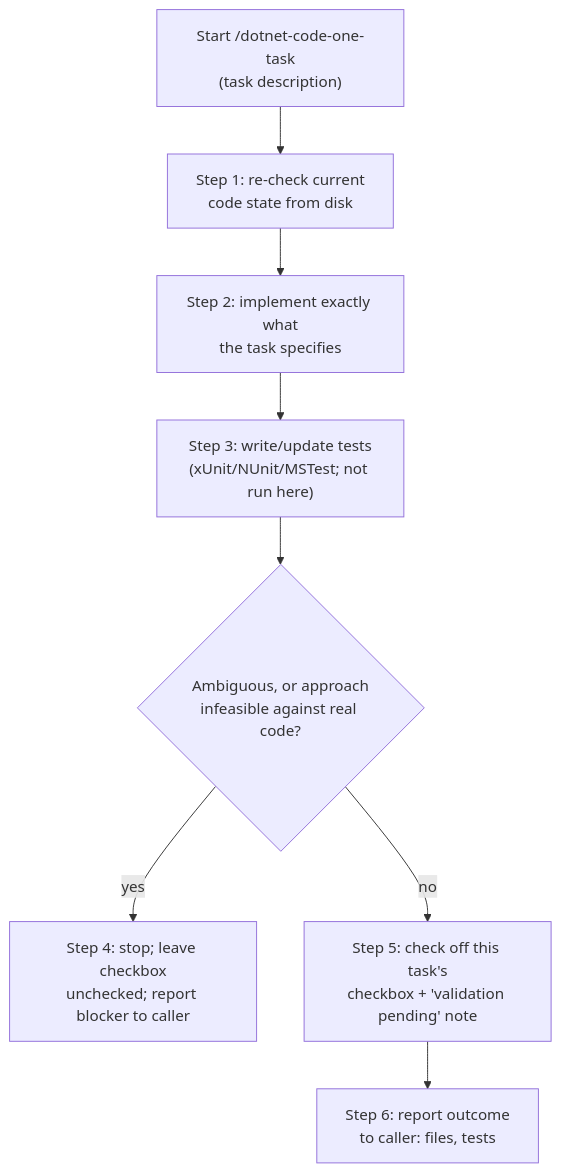
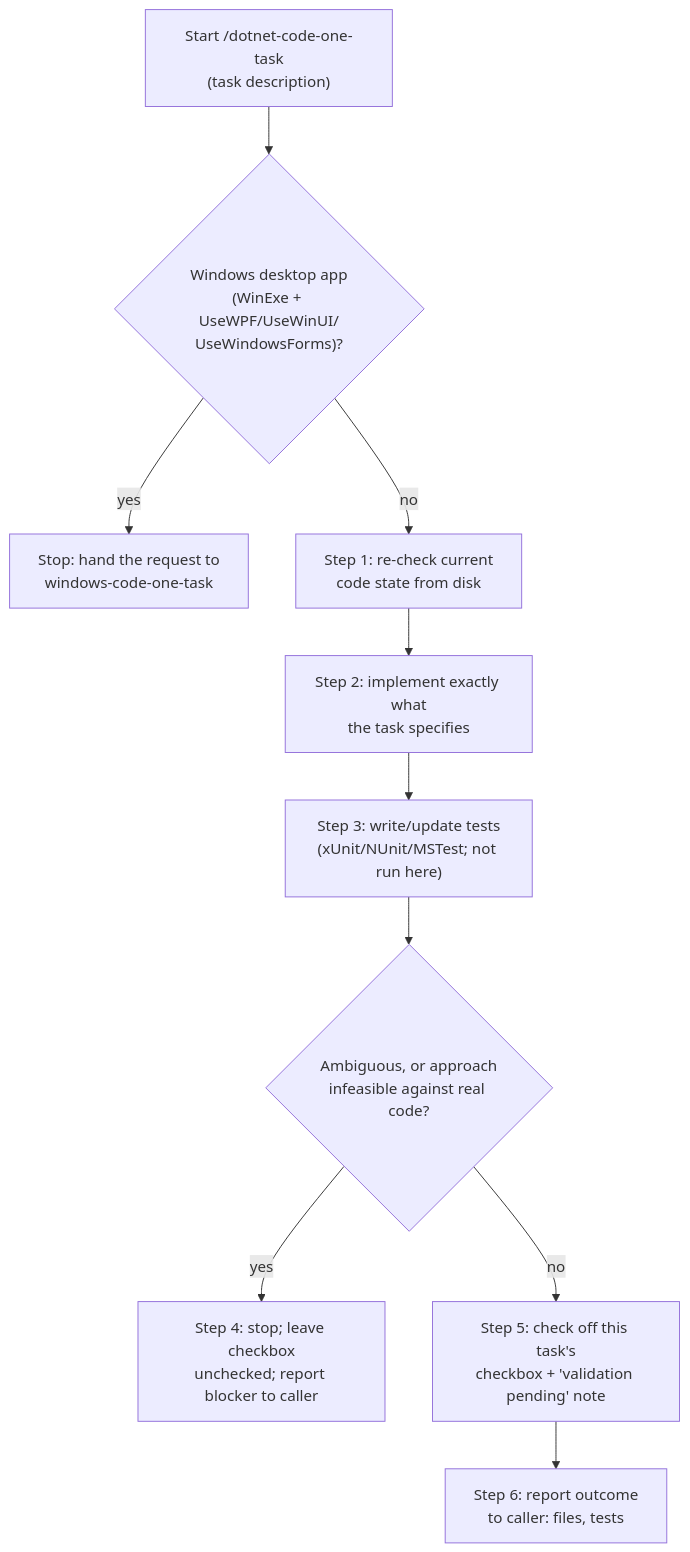
The diagram in docs/modules/ROOT/pages/skills/iru-dotnet-code-one-task.adoc (albertoirurueta/ai-catalog), drawn with Mermaid before and after one commit. The commit also changed other lines of this file and 111 other files, not shown here.

```diff
--- a/docs/modules/ROOT/pages/skills/iru-dotnet-code-one-task.adoc
+++ b/docs/modules/ROOT/pages/skills/iru-dotnet-code-one-task.adoc
@@ -68,11 +73,13 @@
 [mermaid]
 ....
 flowchart TD
-    A["Start /dotnet-code-one-task\n(task description)"] --> B["Step 1: re-check current\ncode state from disk"]
+    A["Start /dotnet-code-one-task\n(task description)"] --> W{"Windows desktop app\n(WinExe + UseWPF/UseWinUI/\nUseWindowsForms)?"}
+    W -- yes --> W2["Stop: hand the request to\nwindows-code-one-task"]
+    W -- no --> B["Step 1: re-check current\ncode state from disk"]
     B --> C["Step 2: implement exactly what\nthe task specifies"]
     C --> D["Step 3: write/update tests\n(xUnit/NUnit/MSTest; not run here)"]
     D --> E{"Ambiguous, or approach\ninfeasible against real code?"}
     E -- yes --> F["Step 4: stop; leave checkbox\nunchecked; report blocker to caller"]
     E -- no --> G["Step 5: check off this task's\ncheckbox + 'validation pending' note"]
     G --> H["Step 6: report outcome\nto caller: files, tests"]
 ....
```
